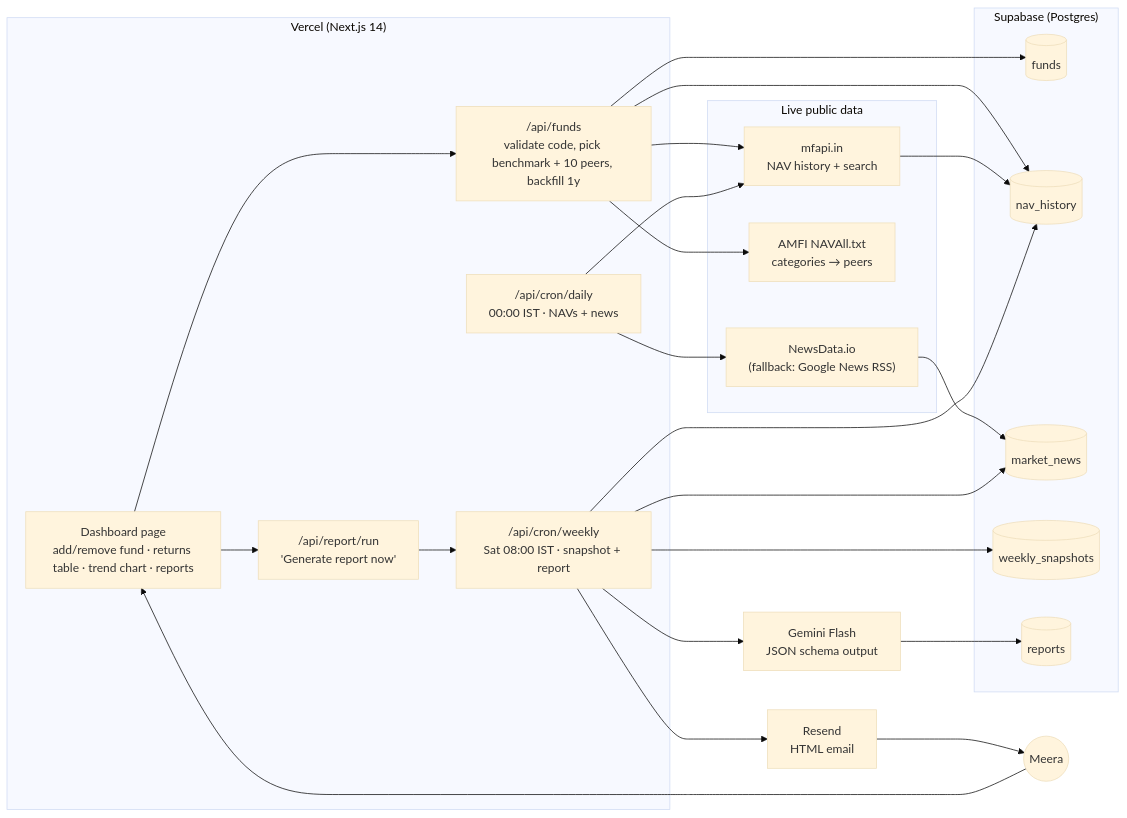
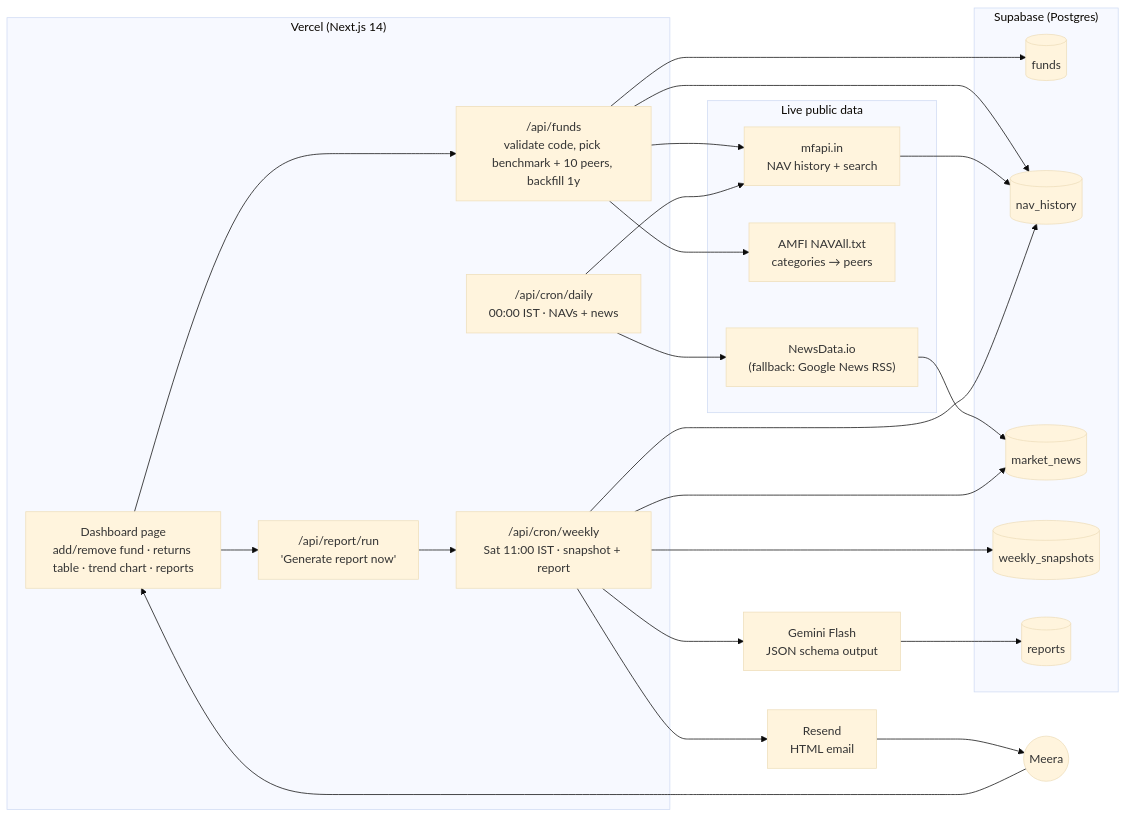
One commit to snehaiyer-beep/mf-tracker changed the diagram in COMPONENTS.md. Above: the diagram before and after it, drawn with Mermaid (base theme). The commit also changed 6 other files, not shown here.

First line of the commit message:
Weekly email at Sat 11 AM IST; report closes with overall portfolio assessment

````diff
--- a/COMPONENTS.md
+++ b/COMPONENTS.md
@@ -3,44 +3,44 @@
 ```mermaid
 flowchart LR
   subgraph Sources["Live public data"]
     MFAPI["mfapi.in<br/>NAV history + search"]
     AMFI["AMFI NAVAll.txt<br/>categories → peers"]
     NEWS["NewsData.io<br/>(fallback: Google News RSS)"]
   end
 
   subgraph Vercel["Vercel (Next.js 14)"]
     UI["Dashboard page<br/>add/remove fund · returns table · trend chart · reports"]
     FUNDS["/api/funds<br/>validate code, pick benchmark + 10 peers, backfill 1y"]
     DAILY["/api/cron/daily<br/>00:00 IST · NAVs + news"]
-    WEEKLY["/api/cron/weekly<br/>Sat 08:00 IST · snapshot + report"]
+    WEEKLY["/api/cron/weekly<br/>Sat 11:00 IST · snapshot + report"]
     RUN["/api/report/run<br/>'Generate report now'"]
   end
 
   subgraph Supabase["Supabase (Postgres)"]
     T1[(funds)]
     T2[(nav_history)]
     T3[(market_news)]
     T4[(weekly_snapshots)]
     T5[(reports)]
   end
 
   GEMINI["Gemini Flash<br/>JSON schema output"]
   RESEND["Resend<br/>HTML email"]
   USER(("Meera"))
 
   USER --> UI
   UI --> FUNDS
   UI --> RUN
   FUNDS --> MFAPI
   FUNDS --> AMFI
   FUNDS --> T1
   FUNDS --> T2
   DAILY --> MFAPI --> T2
   DAILY --> NEWS --> T3
   WEEKLY --> T2
   RUN --> WEEKLY
   WEEKLY --> T3
   WEEKLY --> T4
   WEEKLY --> GEMINI --> T5
   WEEKLY --> RESEND --> USER
 ```
````
